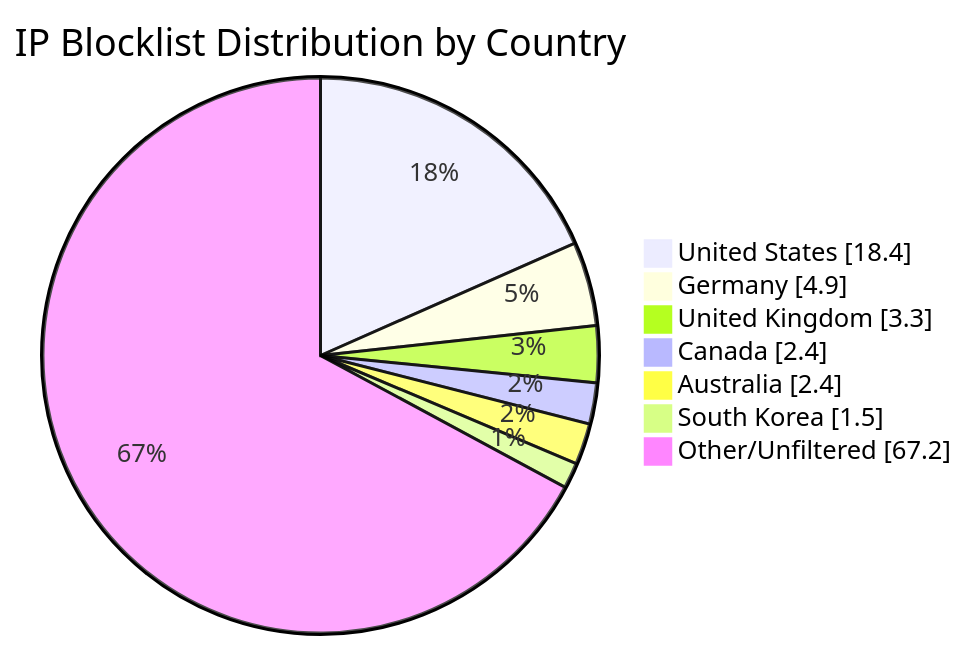
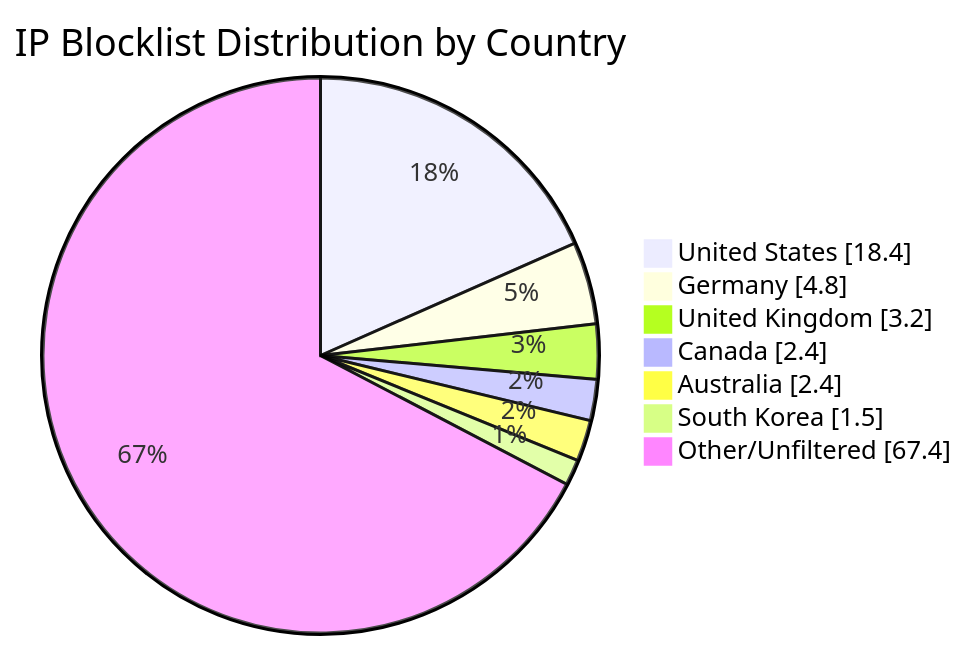
The diagram in README.md (MarcusHoltz/ipblocklist-geofiltered-aggregator), drawn with Mermaid before and after one commit. The commit also changed other lines of this file and 9 other files, not shown here.

````diff
--- a/README.md
+++ b/README.md
@@ -34,10 +34,10 @@
 ```mermaid
 pie showData title IP Blocklist Distribution by Country
 "United States" : 18.4
-"Germany" : 4.9
-"United Kingdom" : 3.3
+"Germany" : 4.8
+"United Kingdom" : 3.2
 "Canada" : 2.4
 "Australia" : 2.4
 "South Korea" : 1.5
-"Other/Unfiltered" : 67.2
+"Other/Unfiltered" : 67.4
 ```
````
